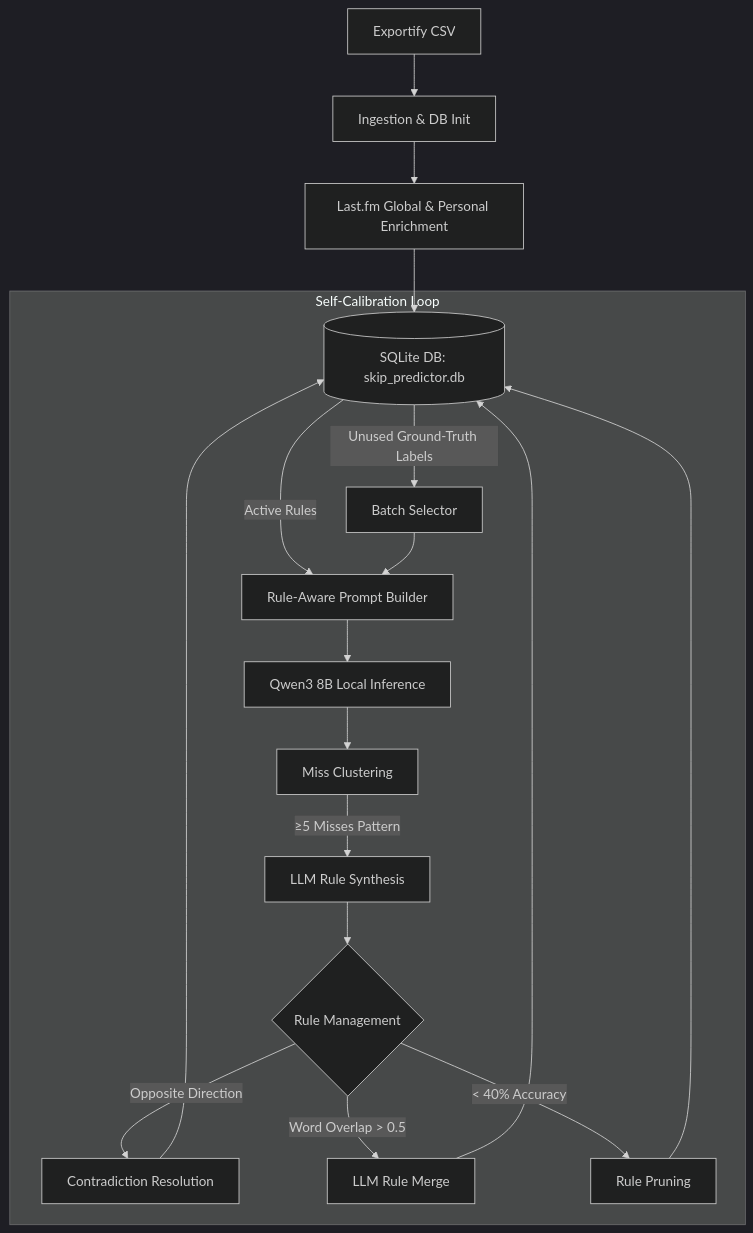
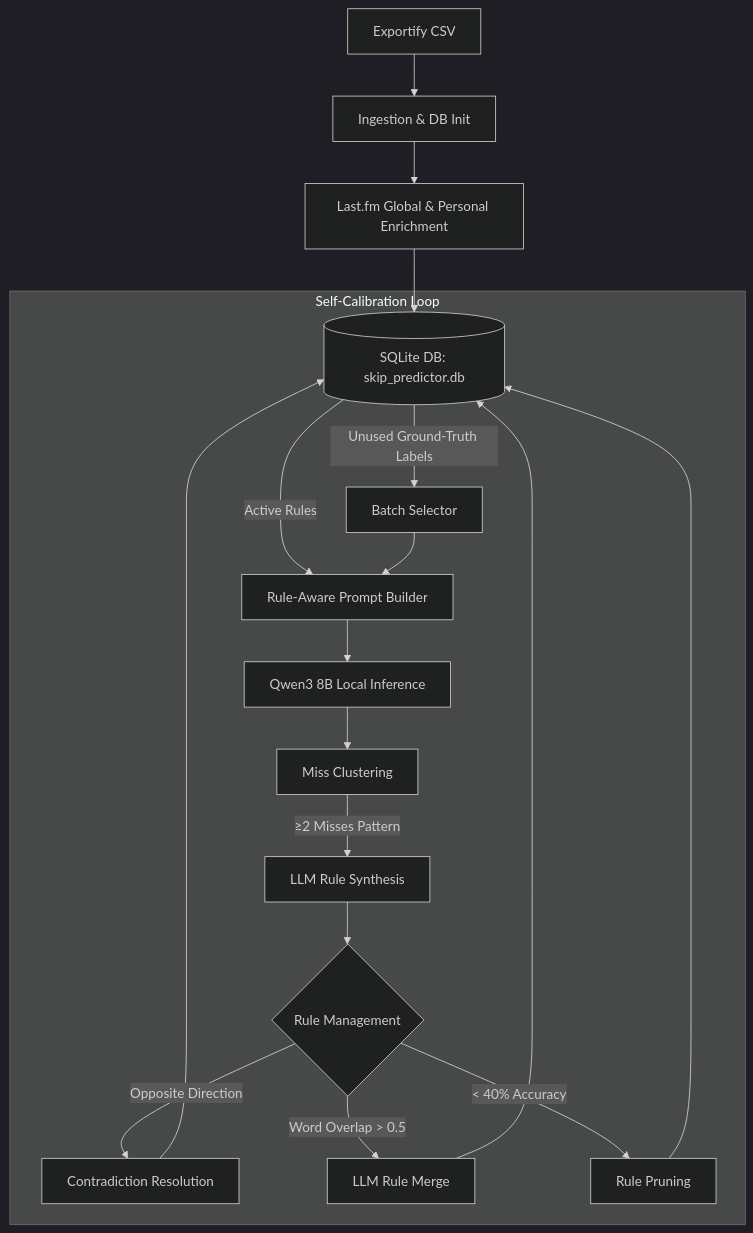
Before and after one commit to mnarla/culler: the diagram in README.md, drawn with Mermaid (dark theme). The commit also changed other lines of this file, not shown here.

````diff
--- a/README.md
+++ b/README.md
@@ -19,22 +19,22 @@
 ```mermaid
 flowchart TD
     A[Exportify CSV] --> B[Ingestion & DB Init]
     B --> C[Last.fm Global & Personal Enrichment]
     C --> D[(SQLite DB: skip_predictor.db)]
     
     subgraph Calibration Loop [Self-Calibration Loop]
         D -->|Unused Ground-Truth Labels| E[Batch Selector]
         D -->|Active Rules| F[Rule-Aware Prompt Builder]
         E --> F
         F --> G[Qwen3 8B Local Inference]
         G --> H[Miss Clustering]
-        H -->|≥5 Misses Pattern| I[LLM Rule Synthesis]
+        H -->|≥2 Misses Pattern| I[LLM Rule Synthesis]
         I --> J{Rule Management}
         J -->|Opposite Direction| K[Contradiction Resolution]
         J -->|Word Overlap > 0.5| L[LLM Rule Merge]
         J -->|< 40% Accuracy| M[Rule Pruning]
         K --> D
         L --> D
         M --> D
     end
 ```
````
